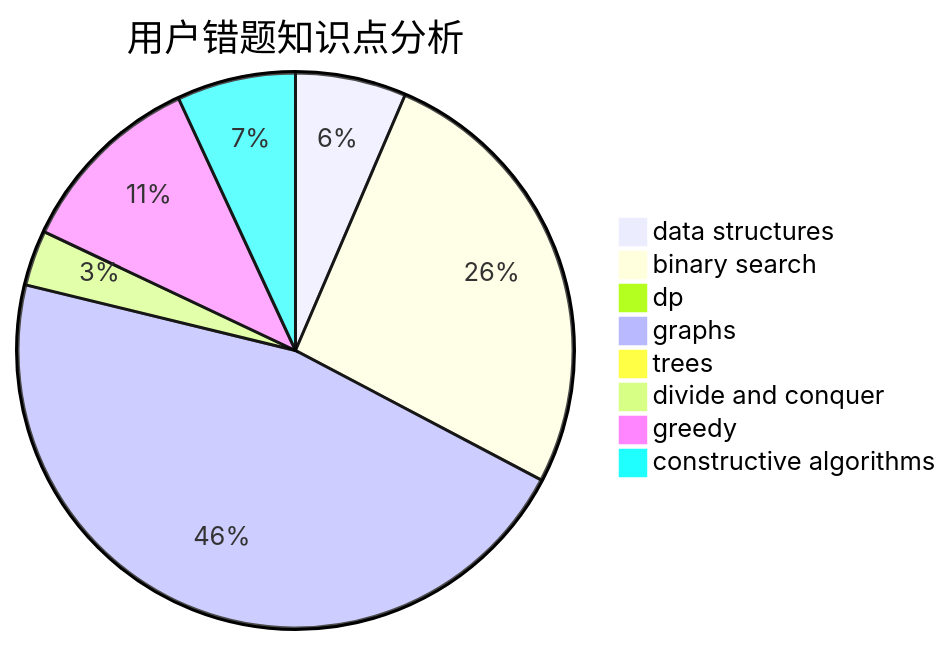
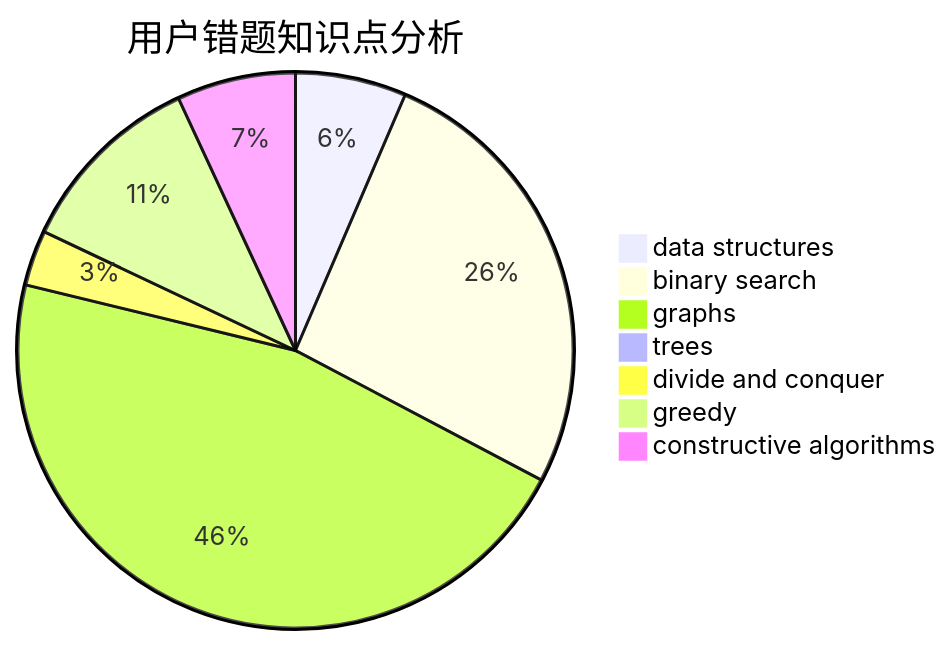
One commit to sherpahu/cfrs.github.io changed the third of 3 diagrams in docs/user/u447.md. Above: the diagram before and after it, drawn with Mermaid. The commit also changed other lines of this file and 2770 other files, not shown here.

````diff
--- a/docs/user/u447.md
+++ b/docs/user/u447.md
@@ -31,11 +29,10 @@
 ```mermaid
 pie title 用户错题知识点分析
     "data structures" :  14
     "binary search" :  57
-    "dp" :  0
     "graphs" :  100
     "trees" :  2
     "divide and conquer" :  7
     "greedy" :  24
     "constructive algorithms" :  15
 ```
````
